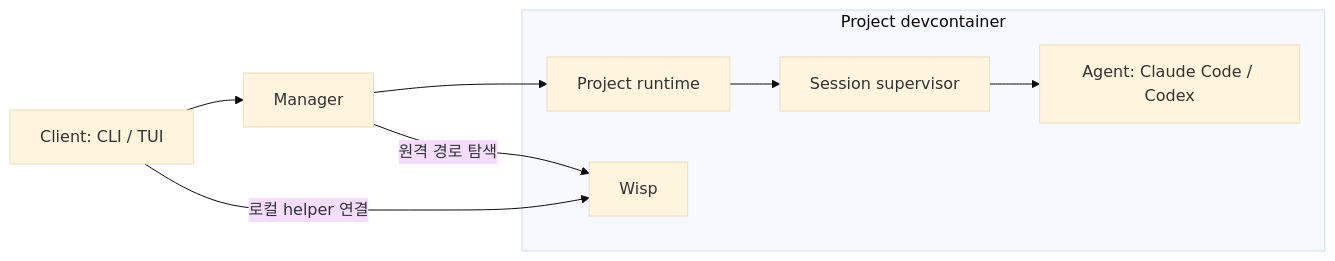
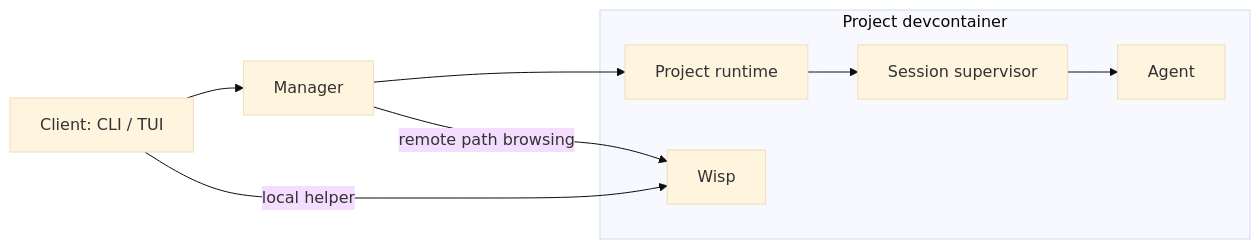
Before and after one commit to lesomnus/cxz: the diagram in docs/glossary.md, drawn with Mermaid (base theme). The commit also changed other lines of this file and 37 other files, not shown here.

````diff
--- a/docs/glossary.md
+++ b/docs/glossary.md
@@ -25,12 +19,12 @@
 ```mermaid
 flowchart LR
     C[Client: CLI / TUI] --> M[Manager]
     subgraph Project[Project devcontainer]
         R[Project runtime] --> S[Session supervisor]
-        S --> A[Agent: Claude Code / Codex]
+        S --> A[Agent]
         W[Wisp]
     end
     M --> R
-    C -->|로컬 helper 연결| W
-    M -->|원격 경로 탐색| W
+    C -->|local helper| W
+    M -->|remote path browsing| W
 ```
````
